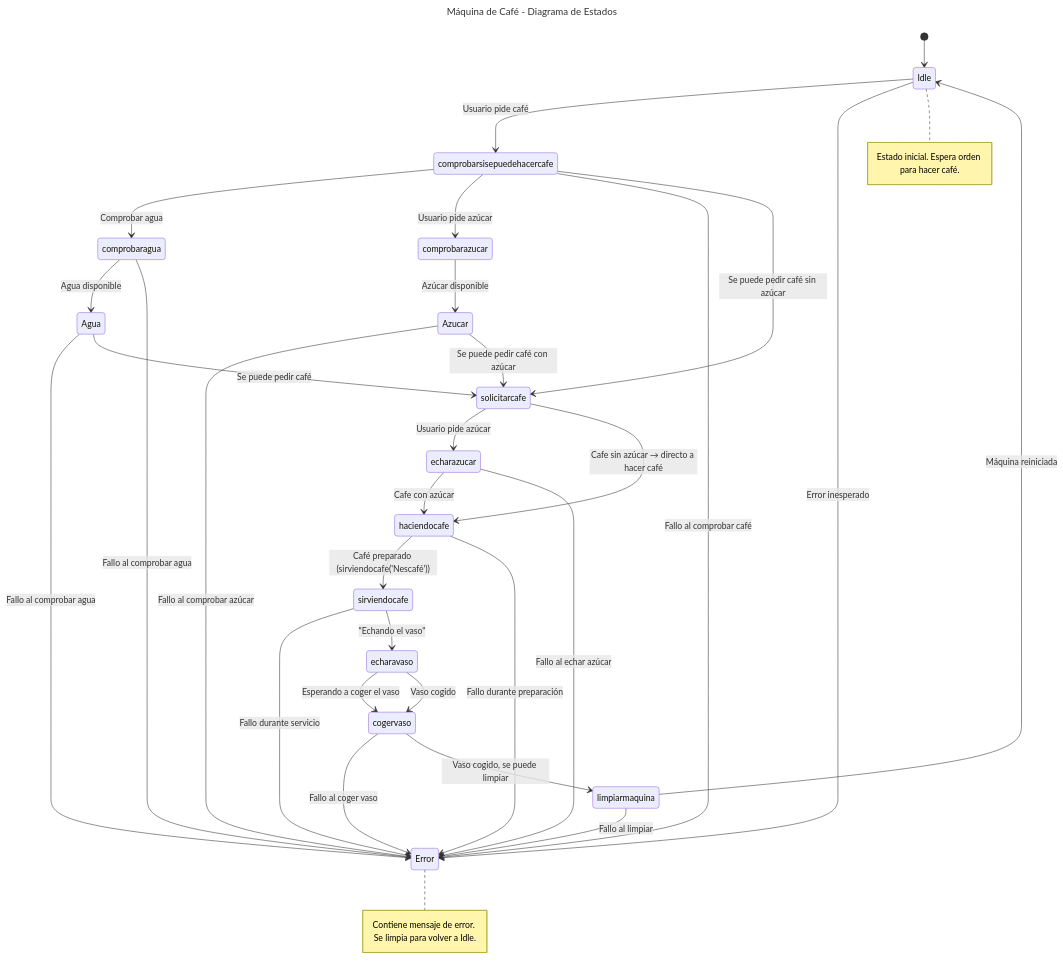
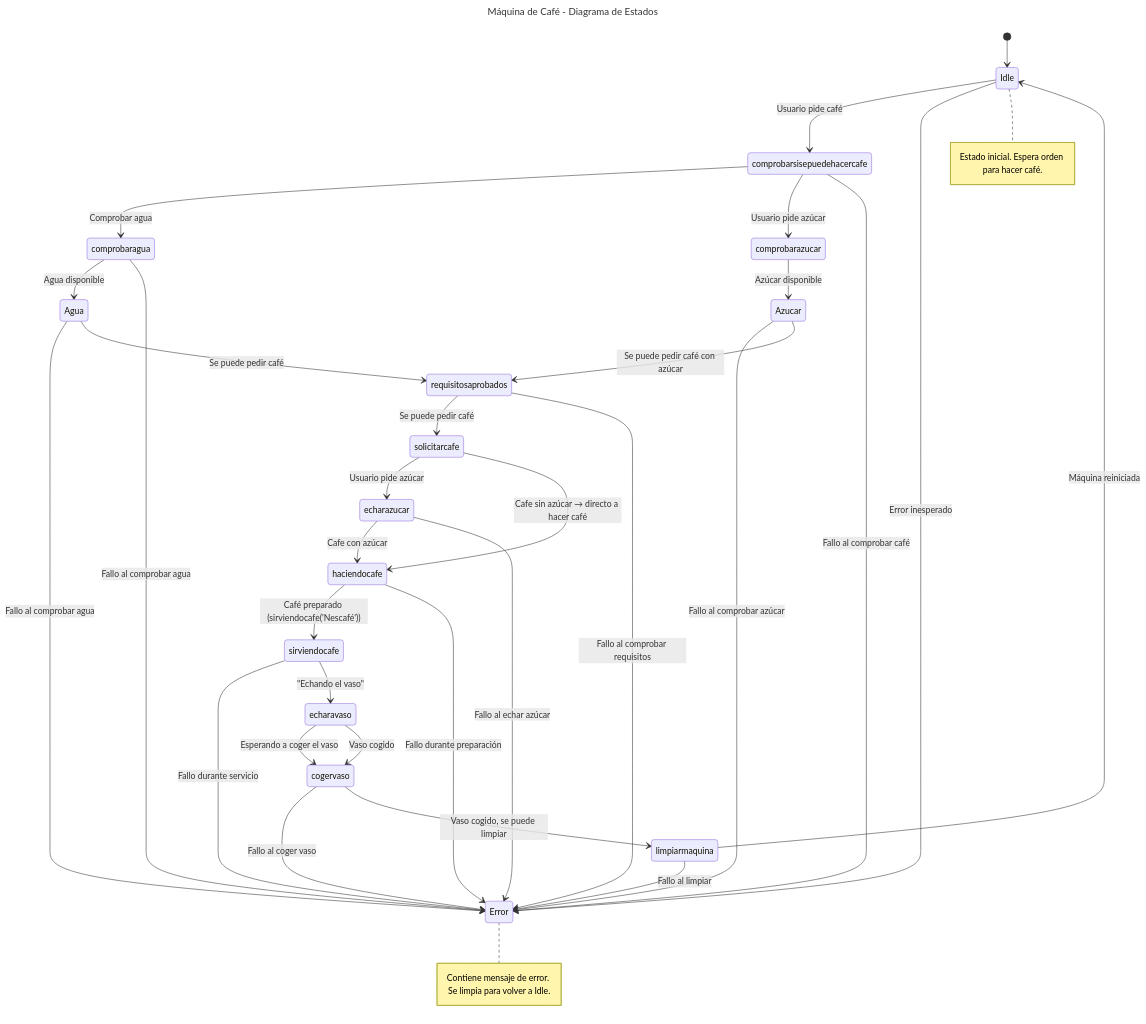
One commit to shermidagre/PMDM changed the diagram in 1trabajo/src/diagrama.mmd. Above: the diagram before and after it, drawn with Mermaid.

Commit message:
random para probar

```diff
--- a/1trabajo/src/diagrama.mmd
+++ b/1trabajo/src/diagrama.mmd
@@ -1,38 +1,40 @@
 ---
 title: Máquina de Café - Diagrama de Estados
 ---
 stateDiagram-v2
 [*] --> Idle
 Idle --> comprobarsisepuedehacercafe: Usuario pide café
 
 comprobarsisepuedehacercafe --> comprobaragua: Comprobar agua
 comprobaragua --> Agua: Agua disponible
 Agua --> Error: Fallo al comprobar agua
-Agua --> solicitarcafe: Se puede pedir café
+Agua --> requisitosaprobados: Se puede pedir café
 comprobaragua --> Error: Fallo al comprobar agua
 
 comprobarsisepuedehacercafe --> comprobarazucar : Usuario pide azúcar
 comprobarazucar --> Azucar: Azúcar disponible
 Azucar --> Error: Fallo al comprobar azúcar
-Azucar --> solicitarcafe: Se puede pedir café con azúcar
+Azucar --> requisitosaprobados: Se puede pedir café con azúcar
+
+requisitosaprobados --> solicitarcafe: Se puede pedir café
+requisitosaprobados --> Error: Fallo al comprobar requisitos
 
 comprobarsisepuedehacercafe --> Error: Fallo al comprobar café
-comprobarsisepuedehacercafe --> solicitarcafe: Se puede pedir café sin azúcar
 solicitarcafe --> echarazucar: Usuario pide azúcar
 echarazucar --> haciendocafe: Cafe con azúcar
 
 solicitarcafe --> haciendocafe: Cafe sin azúcar → directo a hacer café
 haciendocafe --> sirviendocafe: Café preparado (sirviendocafe('Nescafé'))
 sirviendocafe --> Error: Fallo durante servicio
 Idle --> Error: Error inesperado
 haciendocafe --> Error: Fallo durante preparación
 echarazucar --> Error: Fallo al echar azúcar
 sirviendocafe --> echaravaso: "Echando el vaso"
 echaravaso --> cogervaso: Esperando a coger el vaso
 cogervaso --> Error: Fallo al coger vaso
 echaravaso --> cogervaso: Vaso cogido
 cogervaso --> limpiarmaquina:  Vaso cogido, se puede limpiar
 limpiarmaquina --> Idle: Máquina reiniciada
 limpiarmaquina --> Error: Fallo al limpiar
 note right of Idle: Estado inicial. Espera orden para hacer café.
 note right of Error: Contiene mensaje de error. Se limpia para volver a Idle.
```
